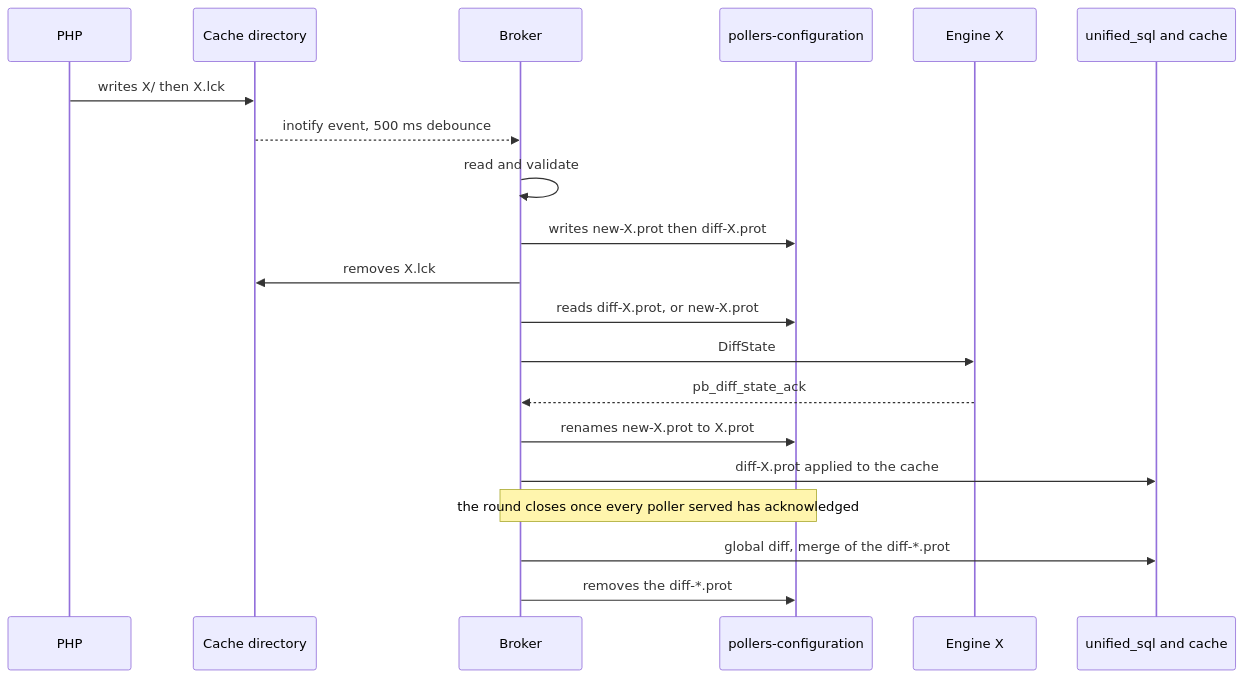
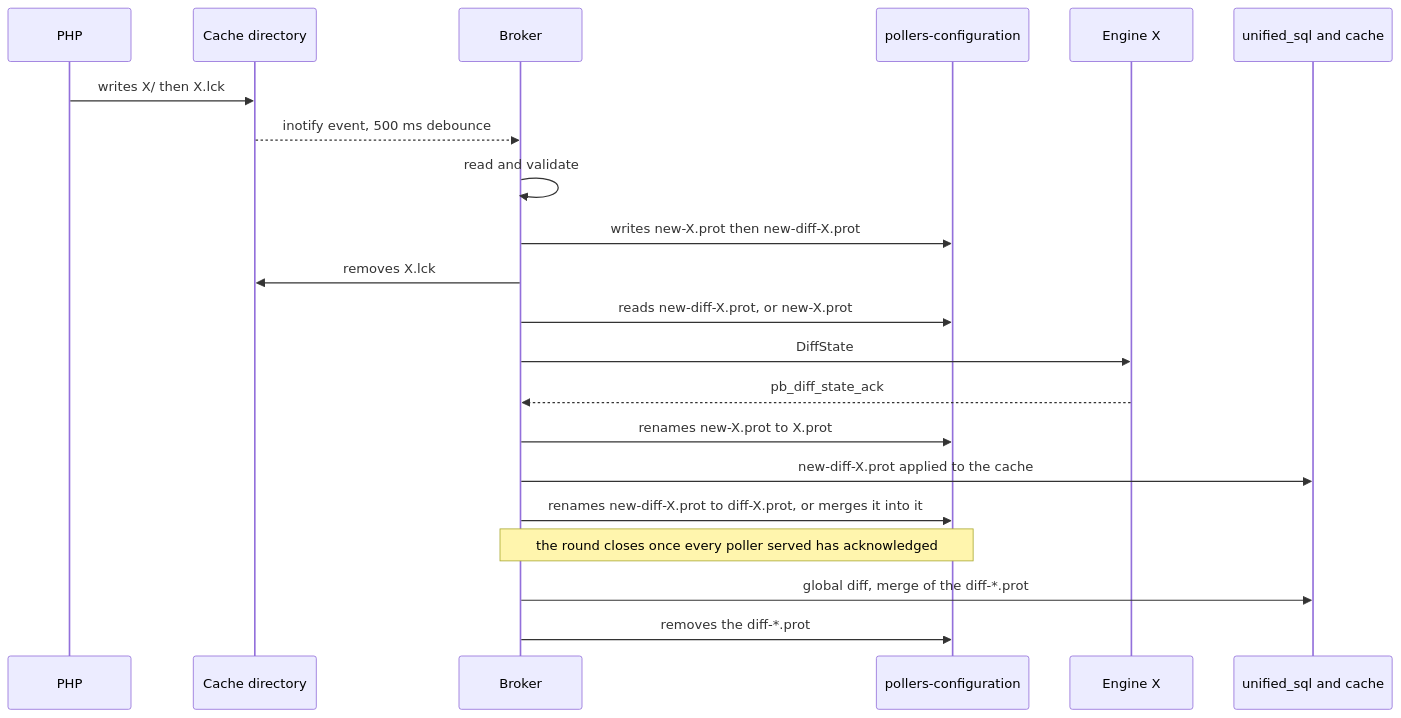
Before and after one commit to centreon/centreon-collect: the first of 13 diagrams in doc/nego-engine-broker/02-configuration-delivery-en.md, drawn with Mermaid. The commit also changed other lines of this file and 7 other files, not shown here.

````diff
--- a/doc/nego-engine-broker/02-configuration-delivery-en.md
+++ b/doc/nego-engine-broker/02-configuration-delivery-en.md
@@ -61,23 +62,24 @@
 ```mermaid
 sequenceDiagram
     participant PHP
     participant C as Cache directory
     participant B as Broker
     participant P as pollers-configuration
     participant E as Engine X
     participant DB as unified_sql and cache
 
     PHP ->> C: writes X/ then X.lck
     C -->> B: inotify event, 500 ms debounce
     B ->> B: read and validate
-    B ->> P: writes new-X.prot then diff-X.prot
+    B ->> P: writes new-X.prot then new-diff-X.prot
     B ->> C: removes X.lck
-    B ->> P: reads diff-X.prot, or new-X.prot
+    B ->> P: reads new-diff-X.prot, or new-X.prot
     B ->> E: DiffState
     E -->> B: pb_diff_state_ack
     B ->> P: renames new-X.prot to X.prot
-    B ->> DB: diff-X.prot applied to the cache
+    B ->> DB: new-diff-X.prot applied to the cache
+    B ->> P: renames new-diff-X.prot to diff-X.prot, or merges it into it
     Note over B,P: the round closes once every poller served has acknowledged
     B ->> DB: global diff, merge of the diff-*.prot
     B ->> P: removes the diff-*.prot
 ```
````
